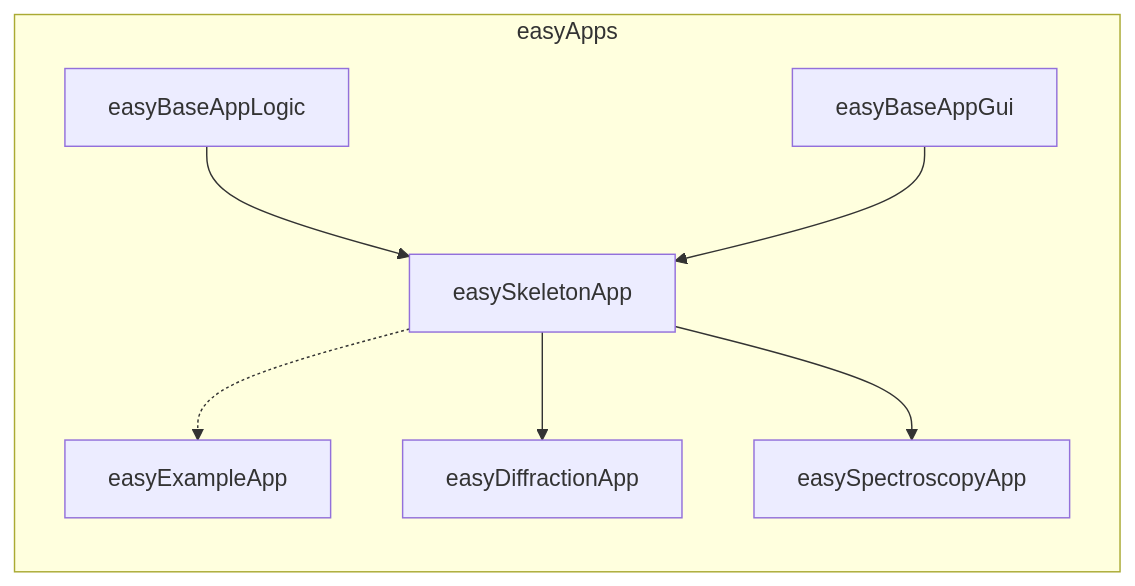
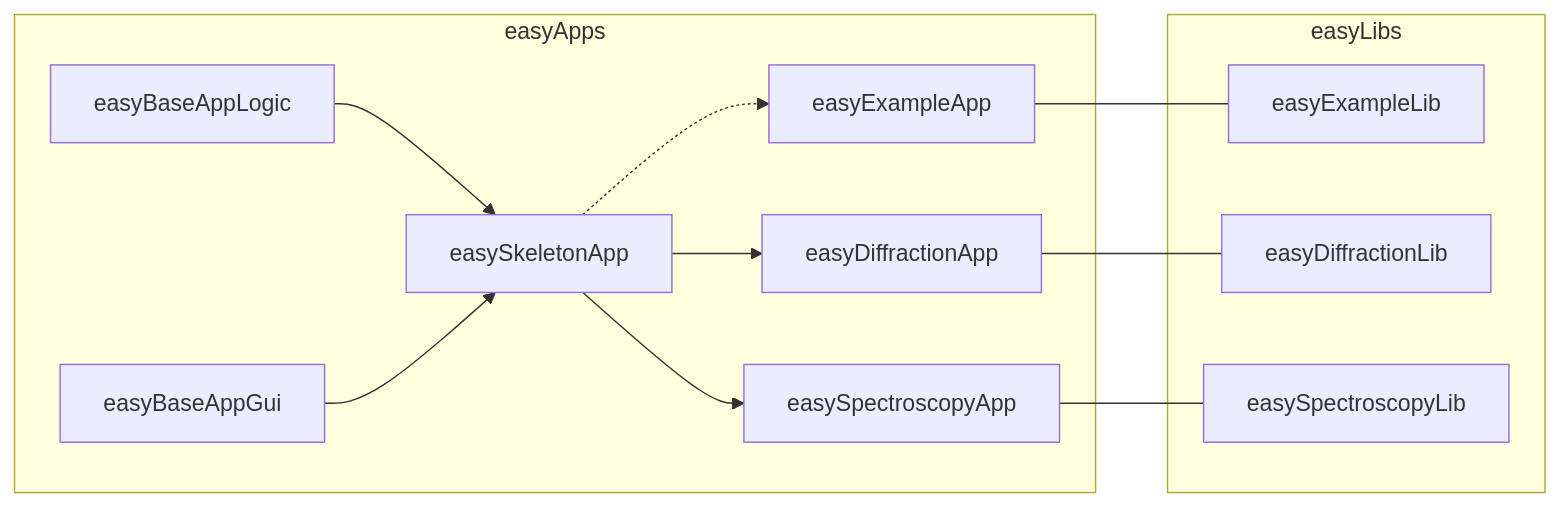
One commit to easyScience/easyScience changed the third of 4 diagrams in easyScience.md. Above: the diagram before and after it, drawn with Mermaid. The commit also changed other lines of this file, not shown here.

````diff
--- a/easyScience.md
+++ b/easyScience.md
@@ -47,11 +45,17 @@
 ```mermaid
 graph LR
 	subgraph easyApps
 		easyBaseAppLogic --> easySkeletonApp
 		easyBaseAppGui --> easySkeletonApp
 
 		easySkeletonApp -.-> easyExampleApp
 		easySkeletonApp --> easyDiffractionApp
 		easySkeletonApp --> easySpectroscopyApp
 	end
+
+subgraph easyLibs
+	easyExampleApp --- easyExampleLib
+	easyDiffractionApp --- easyDiffractionLib
+	easySpectroscopyApp --- easySpectroscopyLib
+end
 ```
````
